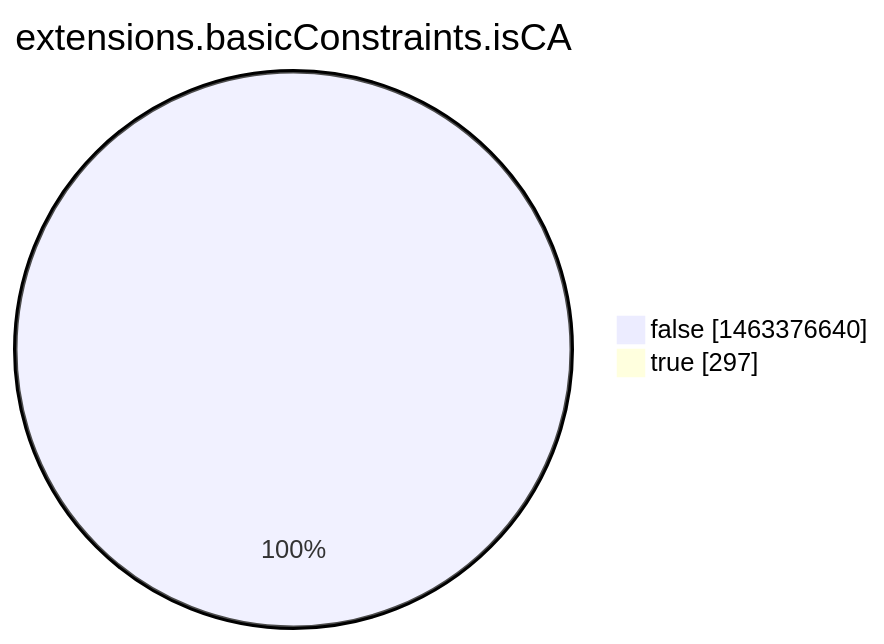
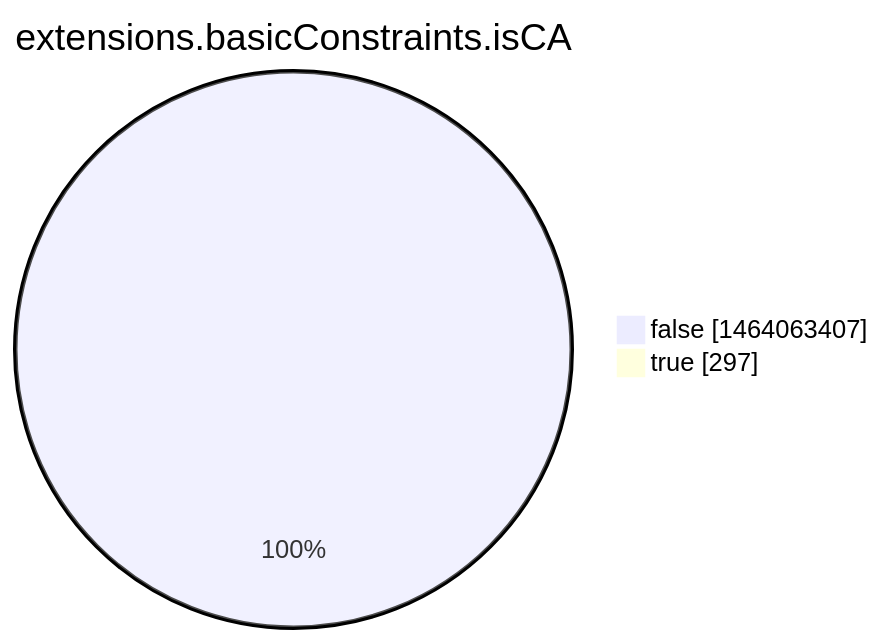
One commit to christiankrug/ctmonitor_visualization changed the eighth of 15 diagrams in argon2022/README.md. Above: the diagram before and after it, drawn with Mermaid. The commit also changed other lines of this file, not shown here.

````diff
--- a/argon2022/README.md
+++ b/argon2022/README.md
@@ -2760,6 +2760,6 @@
 ```mermaid
 pie showData
 title extensions.basicConstraints.isCA
-"false" :1463376640
+"false" :1464063407
 "true" :297
 ```
````
